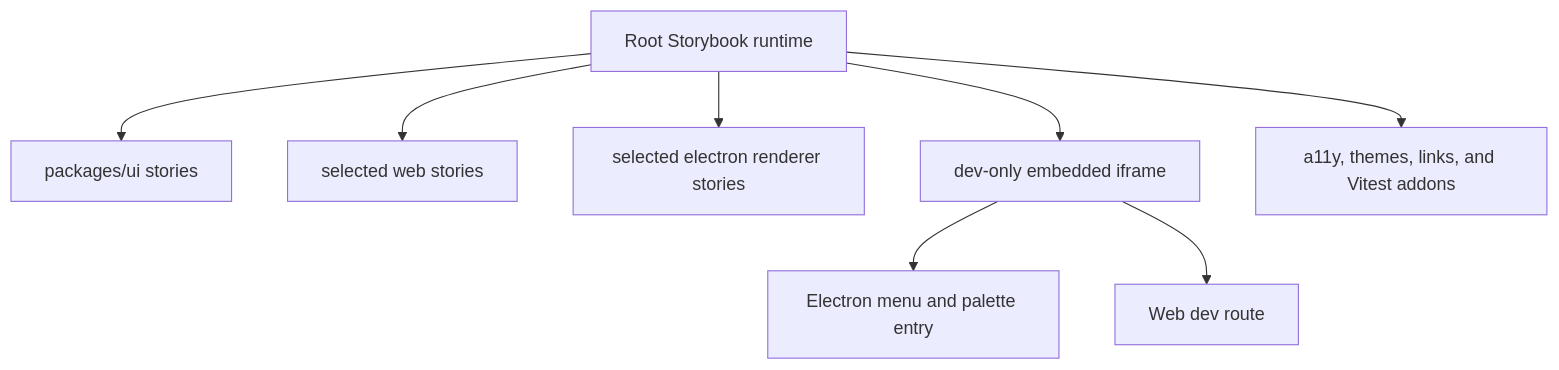
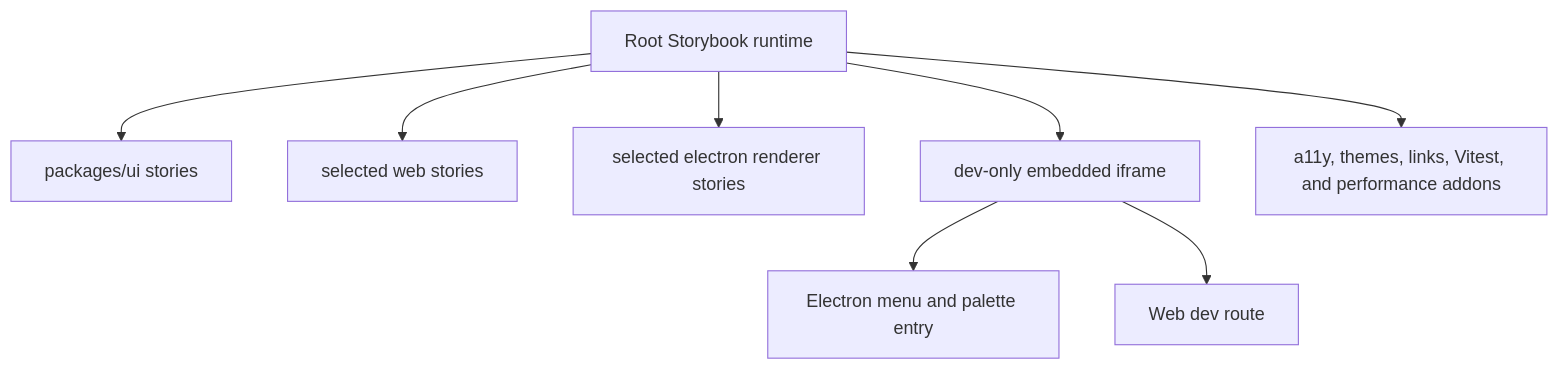
Before and after one commit to crs48/xNet: the first of 4 diagrams in docs/explorations/0107_[_]_STORYBOOK_PERFORMANCE_PANEL_AND_ELECTRON_IDE_WORKSHOP.md, drawn with Mermaid. The commit also changed other lines of this file and 3 other files, not shown here.

````diff
--- a/docs/explorations/0107_[_]_STORYBOOK_PERFORMANCE_PANEL_AND_ELECTRON_IDE_WORKSHOP.md
+++ b/docs/explorations/0107_[_]_STORYBOOK_PERFORMANCE_PANEL_AND_ELECTRON_IDE_WORKSHOP.md
@@ -28,10 +29,10 @@
 ```mermaid
 flowchart TD
   A["Root Storybook runtime"] --> B["packages/ui stories"]
   A --> C["selected web stories"]
   A --> D["selected electron renderer stories"]
   A --> E["dev-only embedded iframe"]
   E --> F["Electron menu and palette entry"]
   E --> G["Web dev route"]
-  A --> H["a11y, themes, links, and Vitest addons"]
+  A --> H["a11y, themes, links, Vitest, and performance addons"]
 ```
````
